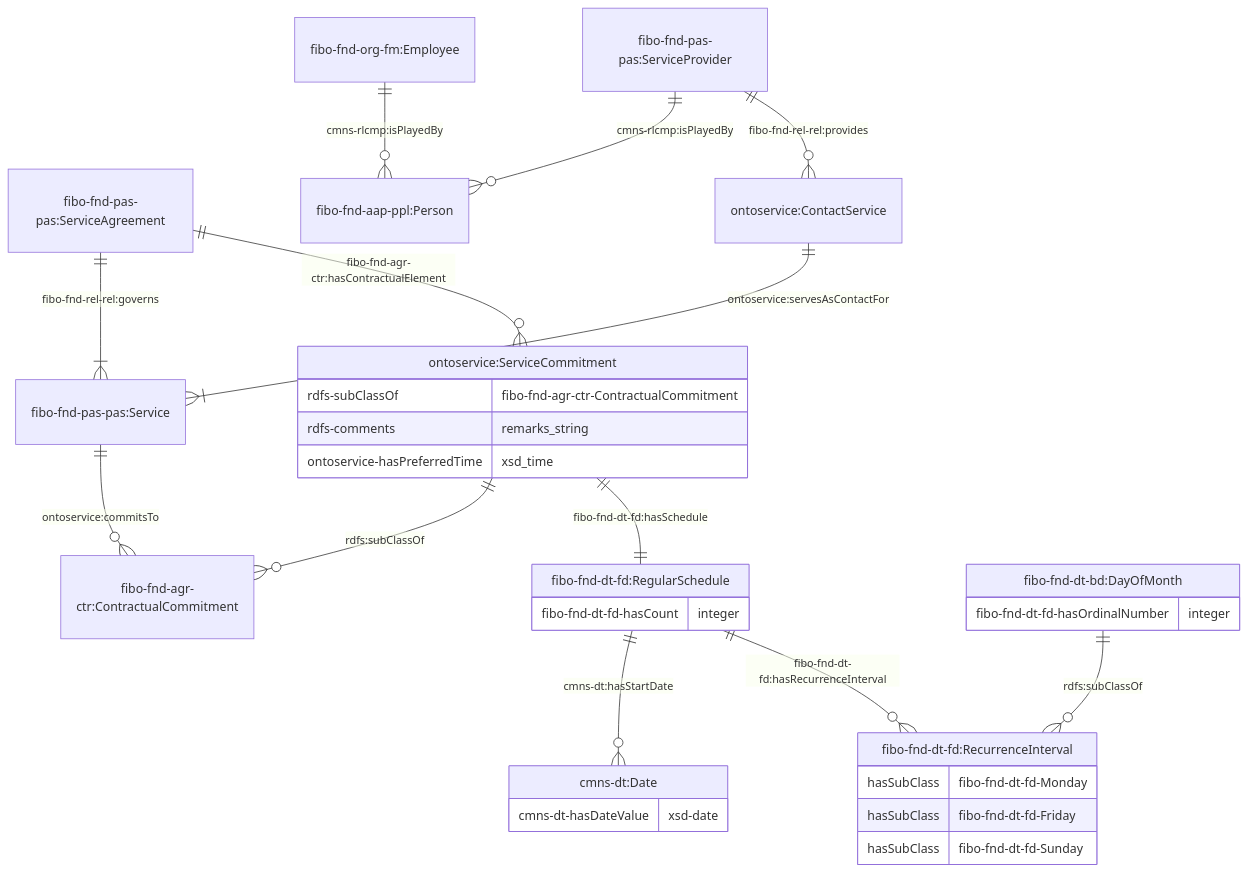
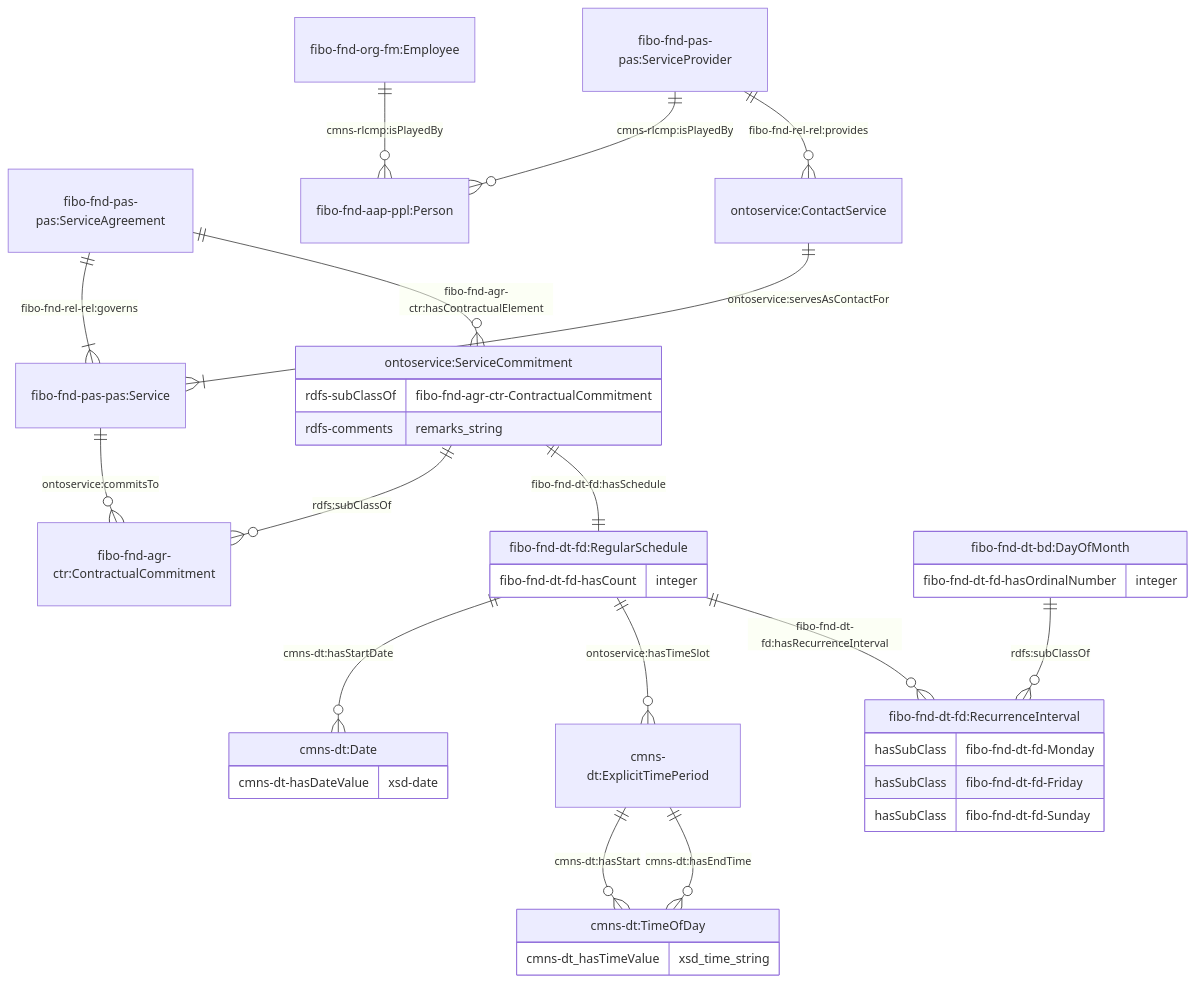
Before and after one commit to cambridge-cares/TheWorldAvatar: the third of 5 diagrams in JPS_Ontology/ontology/ontoservice/README.md, drawn with Mermaid. The commit also changed 2 other files, not shown here.

Commit message:
dev_ontoservice: Updated preferred time service to a time slot on the schedule

````diff
--- a/JPS_Ontology/ontology/ontoservice/README.md
+++ b/JPS_Ontology/ontology/ontoservice/README.md
@@ -128,38 +128,42 @@
 ```mermaid
     erDiagram
     "fibo-fnd-pas-pas:ServiceAgreement" ||--|{ "fibo-fnd-pas-pas:Service" : "fibo-fnd-rel-rel:governs"
     "fibo-fnd-org-fm:Employee" ||--o{ "fibo-fnd-aap-ppl:Person"  : "cmns-rlcmp:isPlayedBy"
     "fibo-fnd-pas-pas:ServiceProvider" ||--o{ "fibo-fnd-aap-ppl:Person"  : "cmns-rlcmp:isPlayedBy"
     "fibo-fnd-pas-pas:ServiceProvider" ||--o{ "ontoservice:ContactService"  : "fibo-fnd-rel-rel:provides"
     "ontoservice:ContactService" ||--|{ "fibo-fnd-pas-pas:Service" : "ontoservice:servesAsContactFor"
 
     "fibo-fnd-pas-pas:ServiceAgreement" ||--o{ "ontoservice:ServiceCommitment" : "fibo-fnd-agr-ctr:hasContractualElement"
     "ontoservice:ServiceCommitment" ||--o{ "fibo-fnd-agr-ctr:ContractualCommitment" : "rdfs:subClassOf"
     "fibo-fnd-pas-pas:Service" ||--o{ "fibo-fnd-agr-ctr:ContractualCommitment" : "ontoservice:commitsTo"
 
     "ontoservice:ServiceCommitment" {
         rdfs-subClassOf fibo-fnd-agr-ctr-ContractualCommitment
         rdfs-comments remarks_string
-        ontoservice-hasPreferredTime xsd_time
     }
 
     "ontoservice:ServiceCommitment" ||--|| "fibo-fnd-dt-fd:RegularSchedule" : "fibo-fnd-dt-fd:hasSchedule"
      "fibo-fnd-dt-fd:RegularSchedule" {
         fibo-fnd-dt-fd-hasCount integer
     }
     "fibo-fnd-dt-fd:RegularSchedule" ||--o{ "cmns-dt:Date" : "cmns-dt:hasStartDate"
     "cmns-dt:Date" {
         cmns-dt-hasDateValue xsd-date
     }
-
+    "fibo-fnd-dt-fd:RegularSchedule" ||--o{ "cmns-dt:ExplicitTimePeriod" : "ontoservice:hasTimeSlot"
+    "cmns-dt:ExplicitTimePeriod" ||--o{ "cmns-dt:TimeOfDay" : "cmns-dt:hasStart"
+    "cmns-dt:ExplicitTimePeriod" ||--o{ "cmns-dt:TimeOfDay" : "cmns-dt:hasEndTime"
+    "cmns-dt:TimeOfDay" {
+        cmns-dt_hasTimeValue xsd_time_string
+    }
     "fibo-fnd-dt-fd:RegularSchedule" ||--o{ "fibo-fnd-dt-fd:RecurrenceInterval" : "fibo-fnd-dt-fd:hasRecurrenceInterval"
     "fibo-fnd-dt-fd:RecurrenceInterval" {
         hasSubClass fibo-fnd-dt-fd-Monday
         hasSubClass fibo-fnd-dt-fd-Friday
         hasSubClass fibo-fnd-dt-fd-Sunday
     }
     "fibo-fnd-dt-bd:DayOfMonth" ||--o{ "fibo-fnd-dt-fd:RecurrenceInterval" : "rdfs:subClassOf"
     "fibo-fnd-dt-bd:DayOfMonth" {
         fibo-fnd-dt-fd-hasOrdinalNumber integer
     }
 ```
````
